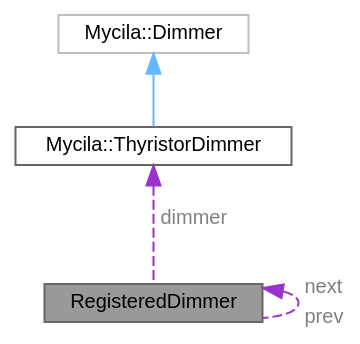
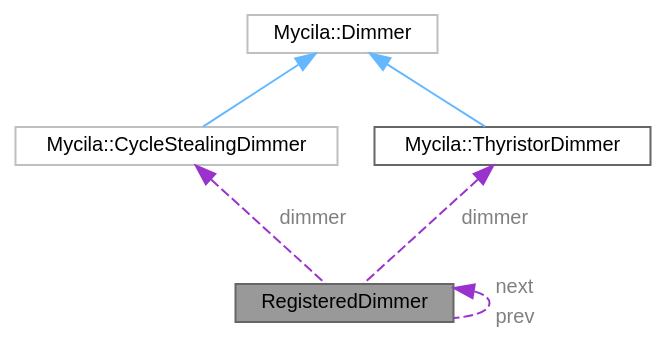
The diagram in docs/api/struct_registered_dimmer__coll__graph.dot (mathieucarbou/MycilaDimmer), drawn with Graphviz before and after one commit. The commit also changed 50 other files, not shown here.

Commit message:
Cycle Stealing Dimmer

```diff
--- a/docs/api/struct_registered_dimmer__coll__graph.dot
+++ b/docs/api/struct_registered_dimmer__coll__graph.dot
@@ -1,16 +1,20 @@
 digraph "RegisteredDimmer"
 {
  // LATEX_PDF_SIZE
   bgcolor="transparent";
   edge [fontname=Helvetica,fontsize=10,labelfontname=Helvetica,labelfontsize=10];
   node [fontname=Helvetica,fontsize=10,shape=box,height=0.2,width=0.4];
   Node1 [id="Node000001",label="RegisteredDimmer",height=0.2,width=0.4,color="gray40", fillcolor="grey60", style="filled", fontcolor="black",tooltip=" "];
   Node2 -> Node1 [id="edge1_Node000001_Node000002",dir="back",color="darkorchid3",style="dashed",tooltip=" ",label=<<TABLE CELLBORDER="0" BORDER="0"><TR><TD VALIGN="top" ALIGN="LEFT" CELLPADDING="1" CELLSPACING="0">dimmer</TD></TR>
 </TABLE>> ,fontcolor="grey" ];
-  Node2 [id="Node000002",label="Mycila::ThyristorDimmer",height=0.2,width=0.4,color="gray40", fillcolor="white", style="filled",URL="$class_mycila_1_1_thyristor_dimmer.html",tooltip="Thyristor (TRIAC) based dimmer implementation for TRIAC and Random SSR dimmers."];
+  Node2 [id="Node000002",label="Mycila::CycleStealingDimmer",height=0.2,width=0.4,color="grey75", fillcolor="white", style="filled",URL="$class_mycila_1_1_cycle_stealing_dimmer.html",tooltip=" "];
   Node3 -> Node2 [id="edge2_Node000002_Node000003",dir="back",color="steelblue1",style="solid",tooltip=" "];
   Node3 [id="Node000003",label="Mycila::Dimmer",height=0.2,width=0.4,color="grey75", fillcolor="white", style="filled",URL="$class_mycila_1_1_dimmer.html",tooltip=" "];
-  Node1 -> Node1 [id="edge3_Node000001_Node000001",dir="back",color="darkorchid3",style="dashed",tooltip=" ",label=<<TABLE CELLBORDER="0" BORDER="0"><TR><TD VALIGN="top" ALIGN="LEFT" CELLPADDING="1" CELLSPACING="0">next</TD></TR>
+  Node4 -> Node1 [id="edge3_Node000001_Node000004",dir="back",color="darkorchid3",style="dashed",tooltip=" ",label=<<TABLE CELLBORDER="0" BORDER="0"><TR><TD VALIGN="top" ALIGN="LEFT" CELLPADDING="1" CELLSPACING="0">dimmer</TD></TR>
+</TABLE>> ,fontcolor="grey" ];
+  Node4 [id="Node000004",label="Mycila::ThyristorDimmer",height=0.2,width=0.4,color="gray40", fillcolor="white", style="filled",URL="$class_mycila_1_1_thyristor_dimmer.html",tooltip="Thyristor (TRIAC) based dimmer implementation for TRIAC and Random SSR dimmers."];
+  Node3 -> Node4 [id="edge4_Node000004_Node000003",dir="back",color="steelblue1",style="solid",tooltip=" "];
+  Node1 -> Node1 [id="edge5_Node000001_Node000001",dir="back",color="darkorchid3",style="dashed",tooltip=" ",label=<<TABLE CELLBORDER="0" BORDER="0"><TR><TD VALIGN="top" ALIGN="LEFT" CELLPADDING="1" CELLSPACING="0">next</TD></TR>
 <TR><TD VALIGN="top" ALIGN="LEFT" CELLPADDING="1" CELLSPACING="0">prev</TD></TR>
 </TABLE>> ,fontcolor="grey" ];
 }
```
